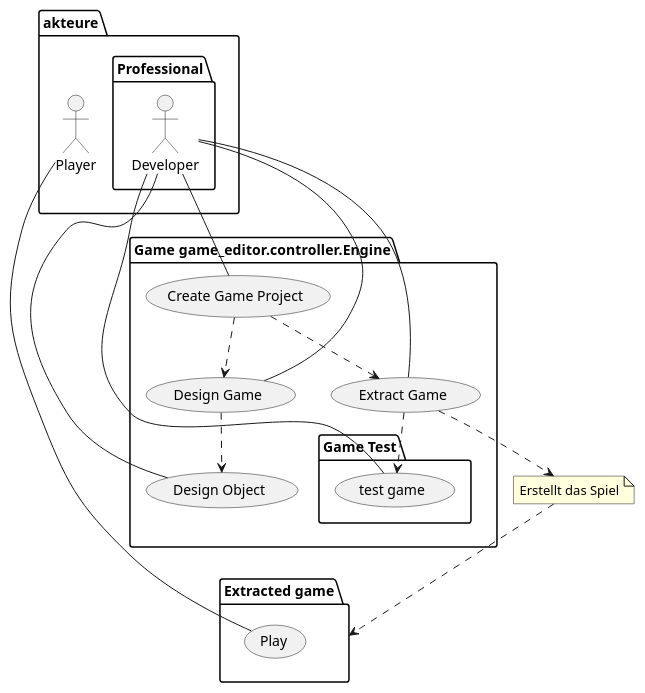
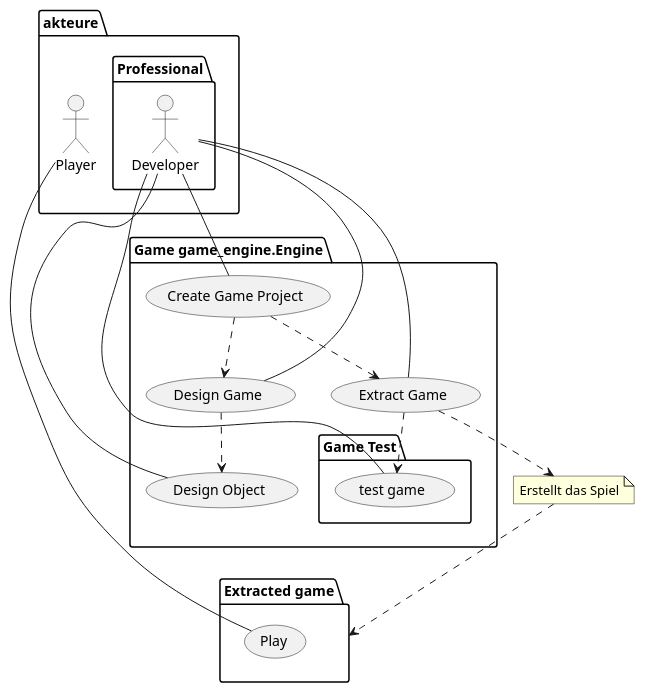
Before and after one commit to Christian-2003/CrInGE: the diagram in docs/resources/UML/Anwendungsfalldiagramm_code.txt.puml, drawn with PlantUML. The commit also changed 14 other files, not shown here.

```diff
--- a/docs/resources/UML/Anwendungsfalldiagramm_code.txt.puml
+++ b/docs/resources/UML/Anwendungsfalldiagramm_code.txt.puml
@@ -1,40 +1,40 @@
 @startuml
 
 package akteure {
 actor Player as pl
 package Professional {
   actor Developer as p
 }
 }
-package "Game game_editor.controller.Engine"{
+package "Game game_engine.Engine"{
   usecase "Create Game Project" as UC1
   usecase "Design Game" as UC2
   usecase "Design Object" as UC3
   usecase "Extract Game" as UC4
   package "Game Test"{
     usecase "test game" as UC5
   }
 }
 
 package "Extracted game" as eg{
   usecase "Play" as UC6
 }
 
 note "Erstellt das Spiel" as N1
 
 UC4 ..> N1
 N1 ..> eg
 
 p -- UC1
 p -- UC2
 p -- UC3
 p -- UC4
 p -- UC5
 
 UC1 ..> UC2
 UC1 ..> UC4
 UC2 ..> UC3
 UC4 ..> UC5
 
 pl -- UC6
 @enduml
```
